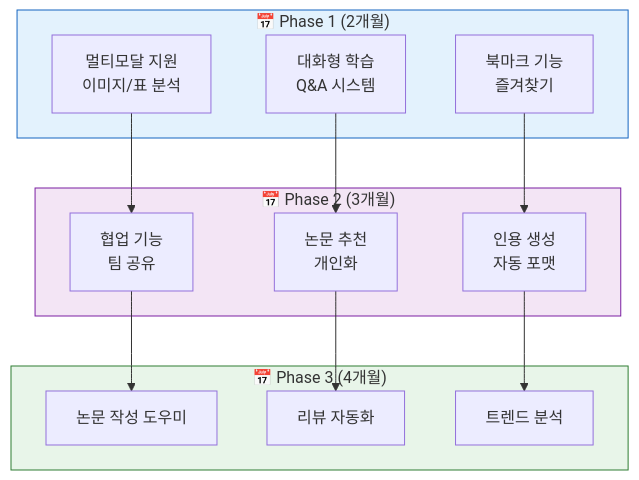
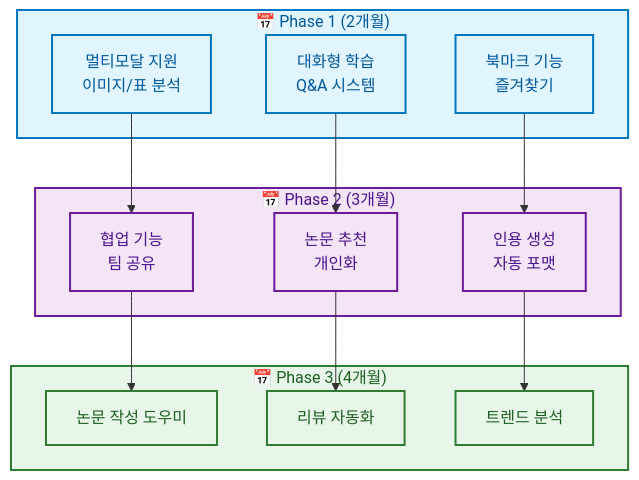
Before and after one commit to AIBootcamp14/langchainproject-new-langchainproject_5: the second of 6 diagrams in docs/PPT/06_향후_계획.md, drawn with Mermaid. The commit also changed other lines of this file and 5 other files, not shown here.

First line of the commit message:
style(docs): PPT 문서에 mermaid 스타일 가이드 적용

````diff
--- a/docs/PPT/06_향후_계획.md
+++ b/docs/PPT/06_향후_계획.md
@@ -72,28 +72,40 @@
 ```mermaid
 graph TB
     subgraph Phase1["📅 Phase 1 (2개월)"]
         F1[멀티모달 지원<br/>이미지/표 분석]
         F2[대화형 학습<br/>Q&A 시스템]
         F3[북마크 기능<br/>즐겨찾기]
     end
 
     subgraph Phase2["📅 Phase 2 (3개월)"]
         F4[협업 기능<br/>팀 공유]
         F5[논문 추천<br/>개인화]
         F6[인용 생성<br/>자동 포맷]
     end
 
     subgraph Phase3["📅 Phase 3 (4개월)"]
         F7[논문 작성 도우미]
         F8[리뷰 자동화]
         F9[트렌드 분석]
     end
 
     F1 --> F4 --> F7
     F2 --> F5 --> F8
     F3 --> F6 --> F9
 
-    style Phase1 fill:#e3f2fd,stroke:#1565c0
-    style Phase2 fill:#f3e5f5,stroke:#7b1fa2
-    style Phase3 fill:#e8f5e9,stroke:#2e7d32
+    style Phase1 fill:#e1f5ff,stroke:#0277bd,stroke-width:2px,color:#01579b
+    style Phase2 fill:#f3e5f5,stroke:#6a1b9a,stroke-width:2px,color:#4a148c
+    style Phase3 fill:#e8f5e9,stroke:#2e7d32,stroke-width:2px,color:#1b5e20
+
+    style F1 fill:#e1f5ff,stroke:#0277bd,stroke-width:2px,color:#01579b
+    style F2 fill:#e1f5ff,stroke:#0277bd,stroke-width:2px,color:#01579b
+    style F3 fill:#e1f5ff,stroke:#0277bd,stroke-width:2px,color:#01579b
+
+    style F4 fill:#f3e5f5,stroke:#6a1b9a,stroke-width:2px,color:#4a148c
+    style F5 fill:#f3e5f5,stroke:#6a1b9a,stroke-width:2px,color:#4a148c
+    style F6 fill:#f3e5f5,stroke:#6a1b9a,stroke-width:2px,color:#4a148c
+
+    style F7 fill:#e8f5e9,stroke:#2e7d32,stroke-width:2px,color:#1b5e20
+    style F8 fill:#e8f5e9,stroke:#2e7d32,stroke-width:2px,color:#1b5e20
+    style F9 fill:#e8f5e9,stroke:#2e7d32,stroke-width:2px,color:#1b5e20
 ```
````
